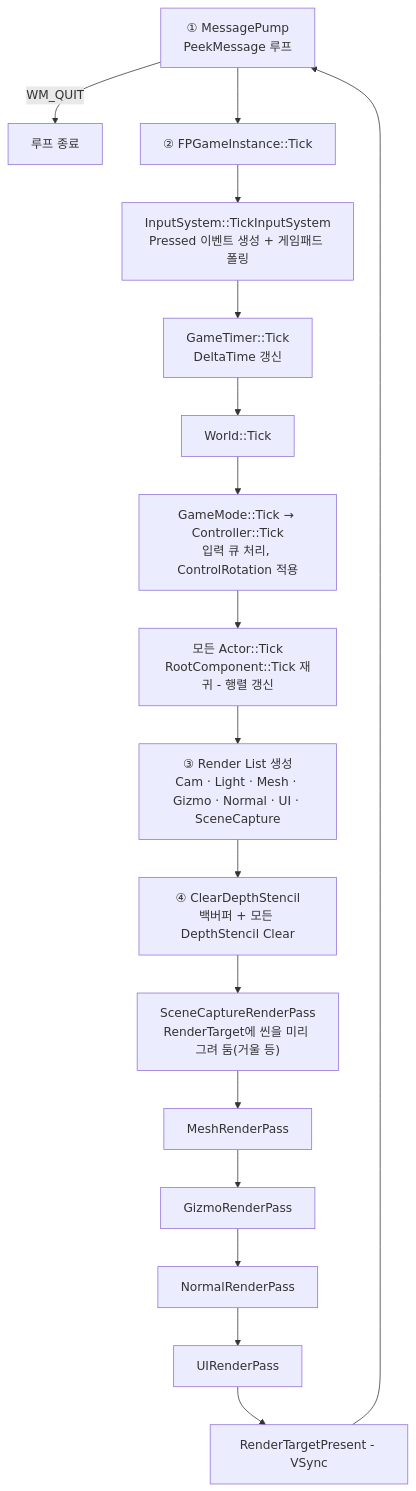
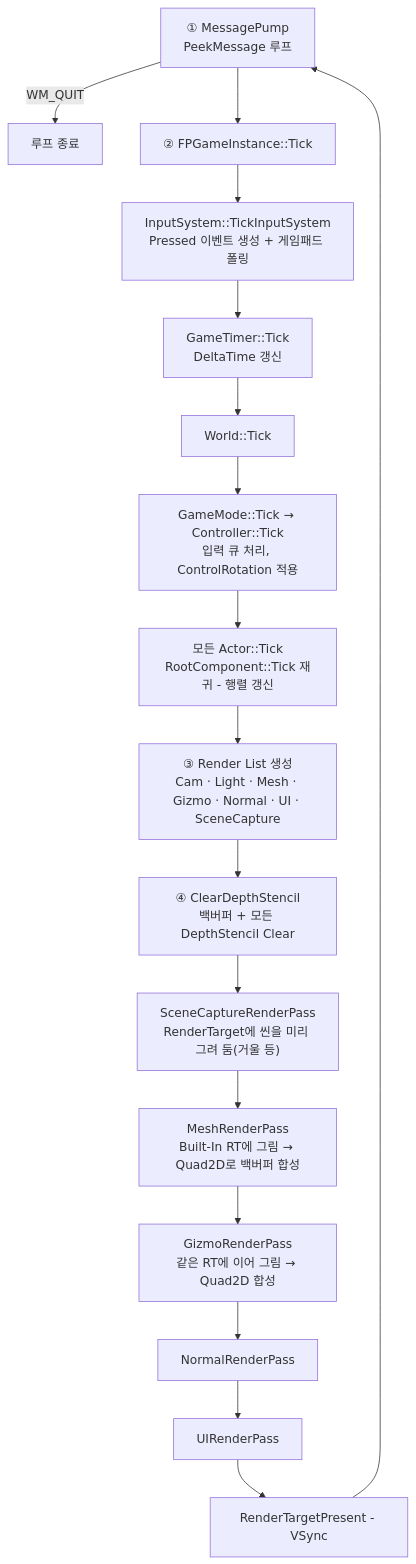
One commit to Gat-Young/ForestPearlEngine changed the fourth of 22 diagrams in README.md. Above: the diagram before and after it, drawn with Mermaid. The commit also changed other lines of this file, not shown here.

````diff
--- a/README.md
+++ b/README.md
@@ -503,19 +509,19 @@
 ```mermaid
 flowchart TD
     A["① MessagePump<br/>PeekMessage 루프"] -->|"WM_QUIT"| Z["루프 종료"]
     A --> B["② FPGameInstance::Tick"]
     B --> B1["InputSystem::TickInputSystem<br/>Pressed 이벤트 생성 + 게임패드 폴링"]
     B1 --> B2["GameTimer::Tick<br/>DeltaTime 갱신"]
     B2 --> B3["World::Tick"]
     B3 --> B4["GameMode::Tick → Controller::Tick<br/>입력 큐 처리, ControlRotation 적용"]
     B4 --> B5["모든 Actor::Tick<br/>RootComponent::Tick 재귀 - 행렬 갱신"]
     B5 --> R["③ Render List 생성<br/>Cam · Light · Mesh · Gizmo · Normal · UI · SceneCapture"]
     R --> C["④ ClearDepthStencil<br/>백버퍼 + 모든 DepthStencil Clear"]
     C --> SC["SceneCaptureRenderPass<br/>RenderTarget에 씬을 미리 그려 둠(거울 등)"]
-    SC --> D["MeshRenderPass"]
-    D --> G["GizmoRenderPass"]
+    SC --> D["MeshRenderPass<br/>Built-In RT에 그림 → Quad2D로 백버퍼 합성"]
+    D --> G["GizmoRenderPass<br/>같은 RT에 이어 그림 → Quad2D 합성"]
     G --> N["NormalRenderPass"]
     N --> E["UIRenderPass"]
     E --> F["RenderTargetPresent - VSync"]
     F --> A
 ```
````
